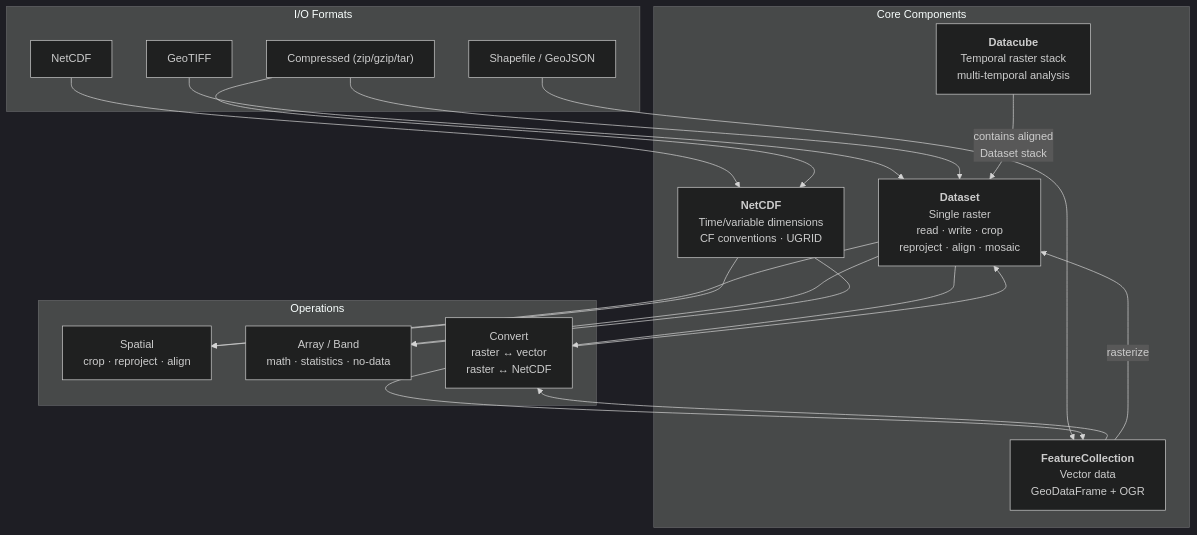
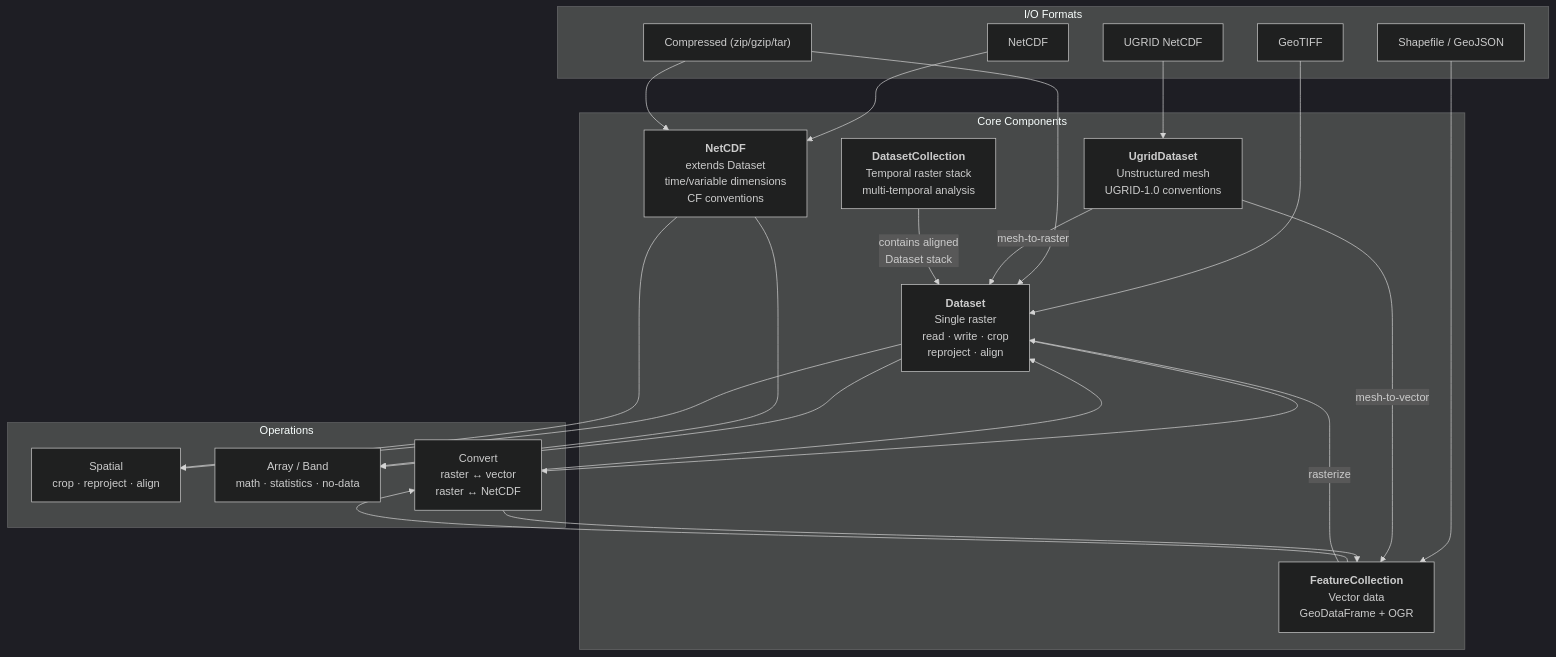
Before and after one commit to Serapieum-of-alex/pyramids: the diagram in README.md, drawn with Mermaid (dark theme). The commit also changed other lines of this file, not shown here.

Commit message:
correct diagrams

````diff
--- a/README.md
+++ b/README.md
@@ -30,39 +30,44 @@
 ```mermaid
 graph TD
     subgraph IO["I/O Formats"]
         GeoTIFF["GeoTIFF"]
         NC["NetCDF"]
+        UGRID_NC["UGRID NetCDF"]
         SHP["Shapefile / GeoJSON"]
         ZIP["Compressed (zip/gzip/tar)"]
     end
 
     subgraph Core["Core Components"]
-        DS["<b>Dataset</b><br/>Single raster<br/>read · write · crop<br/>reproject · align · mosaic"]
-        NCD["<b>NetCDF</b><br/>Time/variable dimensions<br/>CF conventions · UGRID"]
-        DC["<b>Datacube</b><br/>Temporal raster stack<br/>multi-temporal analysis"]
+        DS["<b>Dataset</b><br/>Single raster<br/>read · write · crop<br/>reproject · align"]
+        NCD["<b>NetCDF</b><br/>extends Dataset<br/>time/variable dimensions<br/>CF conventions"]
+        UGDS["<b>UgridDataset</b><br/>Unstructured mesh<br/>UGRID-1.0 conventions"]
+        DC["<b>DatasetCollection</b><br/>Temporal raster stack<br/>multi-temporal analysis"]
         FC["<b>FeatureCollection</b><br/>Vector data<br/>GeoDataFrame + OGR"]
     end
 
     subgraph Ops["Operations"]
         Spatial["Spatial<br/>crop · reproject · align"]
         Math["Array / Band<br/>math · statistics · no-data"]
         Convert["Convert<br/>raster ↔ vector<br/>raster ↔ NetCDF"]
     end
 
     GeoTIFF --> DS
     NC --> NCD
+    UGRID_NC --> UGDS
     SHP --> FC
     ZIP --> DS
     ZIP --> NCD
 
     DS --> Spatial
     DS --> Math
     DS --> Convert
     NCD --> Spatial
     NCD --> Math
+    UGDS --> |"mesh-to-raster"| DS
+    UGDS --> |"mesh-to-vector"| FC
     DC --> |"contains aligned<br/>Dataset stack"| DS
     FC --> Convert
     FC --> |"rasterize"| DS
     Convert --> FC
     Convert --> DS
 ```
````
